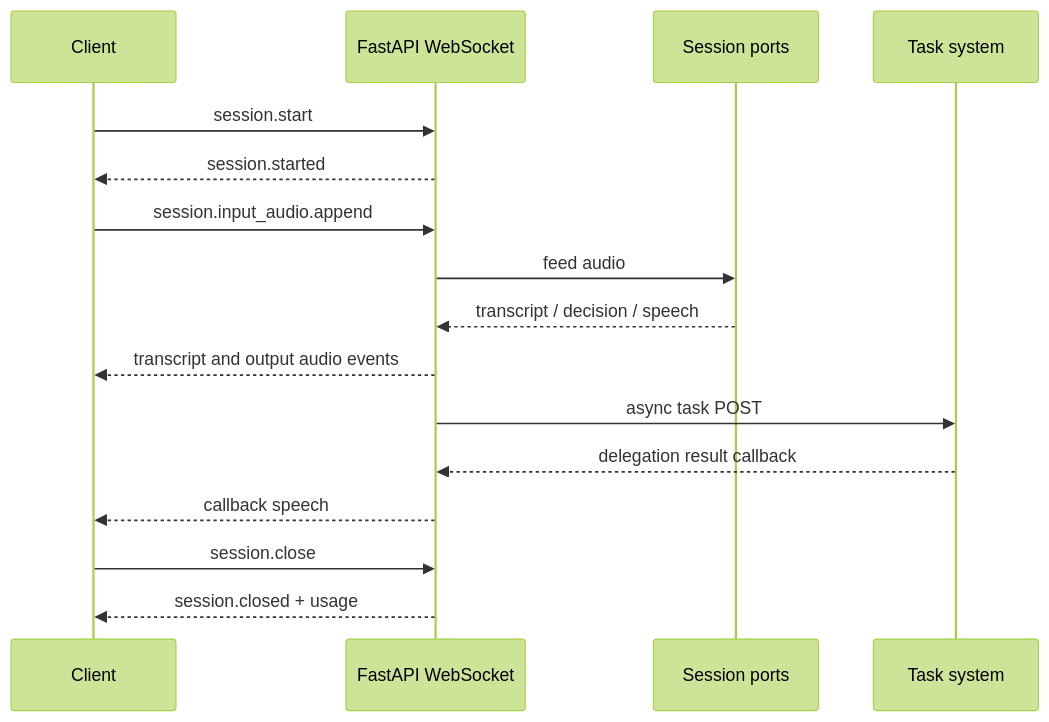
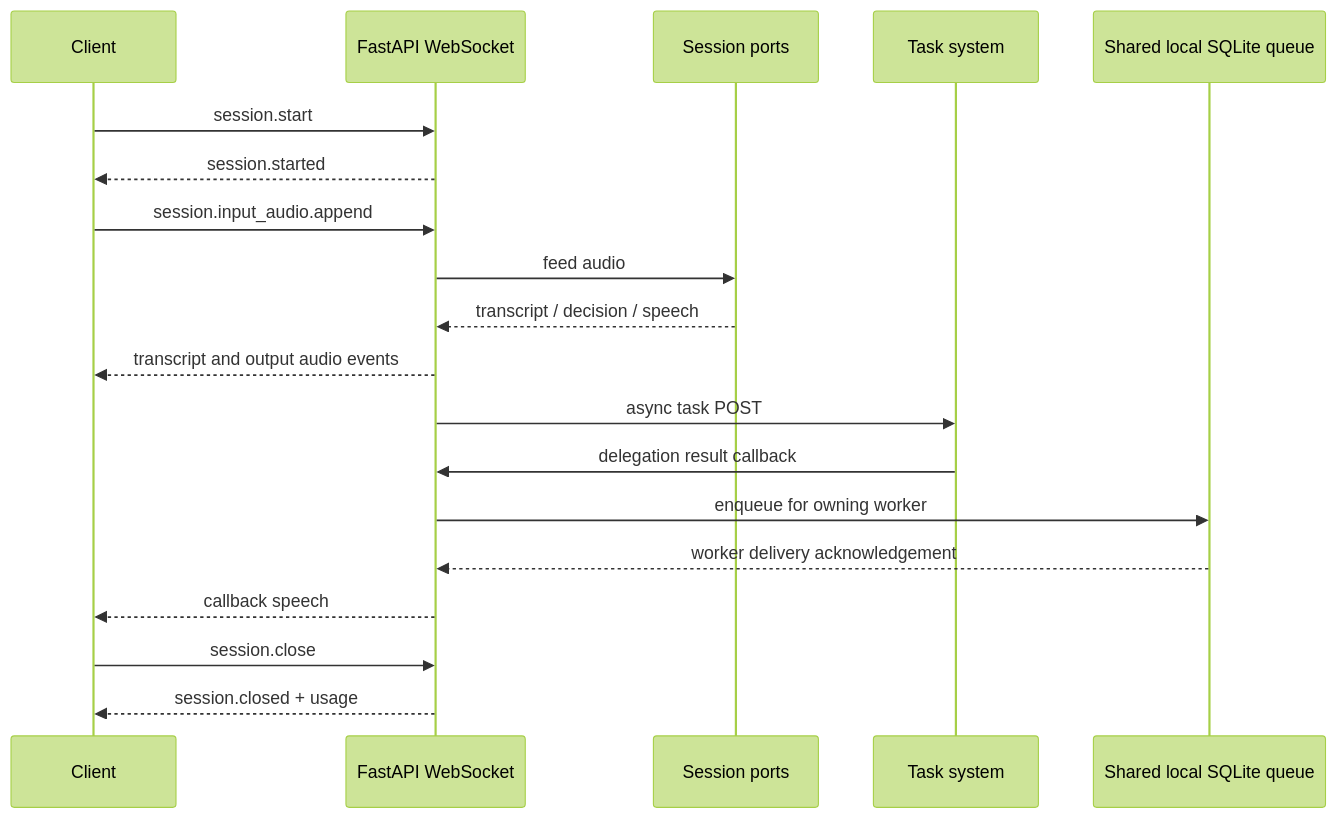
The second of 2 diagrams in README.md (tavallaie/open-gptlive-poc), drawn with Mermaid (forest theme) before and after one commit. The commit also changed other lines of this file and 14 other files, not shown here.

````diff
--- a/README.md
+++ b/README.md
@@ -35,19 +35,22 @@
 ```mermaid
 sequenceDiagram
     participant C as Client
     participant S as FastAPI WebSocket
     participant P as Session ports
     participant T as Task system
+    participant D as Shared local SQLite queue
 
     C->>S: session.start
     S-->>C: session.started
     C->>S: session.input_audio.append
     S->>P: feed audio
     P-->>S: transcript / decision / speech
     S-->>C: transcript and output audio events
     S->>T: async task POST
-    T-->>S: delegation result callback
+    T->>S: delegation result callback
+    S->>D: enqueue for owning worker
+    D-->>S: worker delivery acknowledgement
     S-->>C: callback speech
     C->>S: session.close
     S-->>C: session.closed + usage
 ```
````
